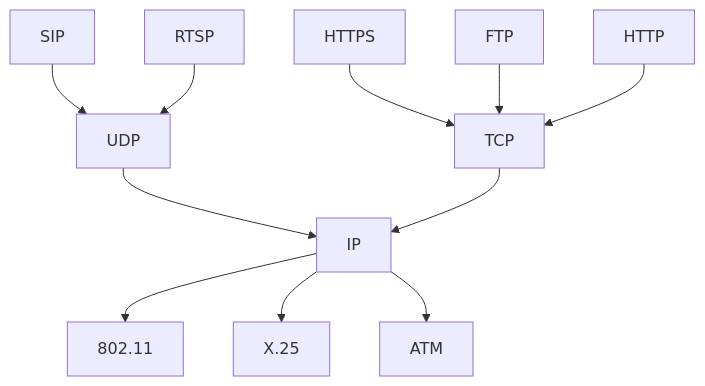
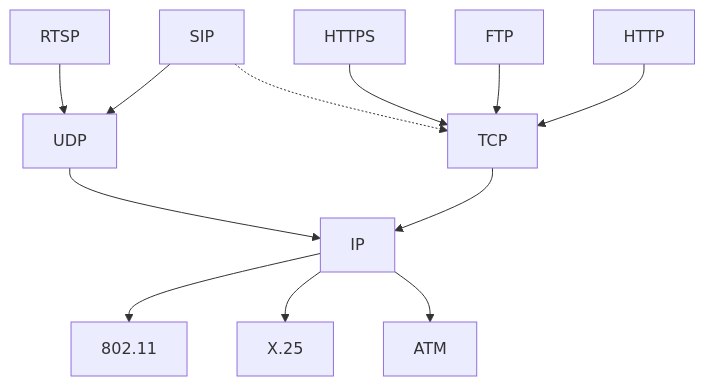
The diagram in Rutgers/2022 Fall/352/Notes/Lecture 2.md (benwang2/obsidian-f22), drawn with Mermaid before and after one commit. The commit also changed 1 other file, not shown here.

Commit message:
vault backup: 2022-10-04 09:11:34

````diff
--- a/Rutgers/2022 Fall/352/Notes/Lecture 2.md
+++ b/Rutgers/2022 Fall/352/Notes/Lecture 2.md
@@ -144,13 +144,14 @@
 ```mermaid
 graph TD;  
-	SIP-->UDP;
     RTSP-->UDP;
+    SIP-->UDP;
+	SIP-.->TCP;
     HTTPS-->TCP;
     FTP-->TCP;
     HTTP-->TCP;
     UDP-->IP;
     TCP-->IP;
     IP-->802.11;
     IP-->X.25;
     IP-->ATM;
 ```
````
